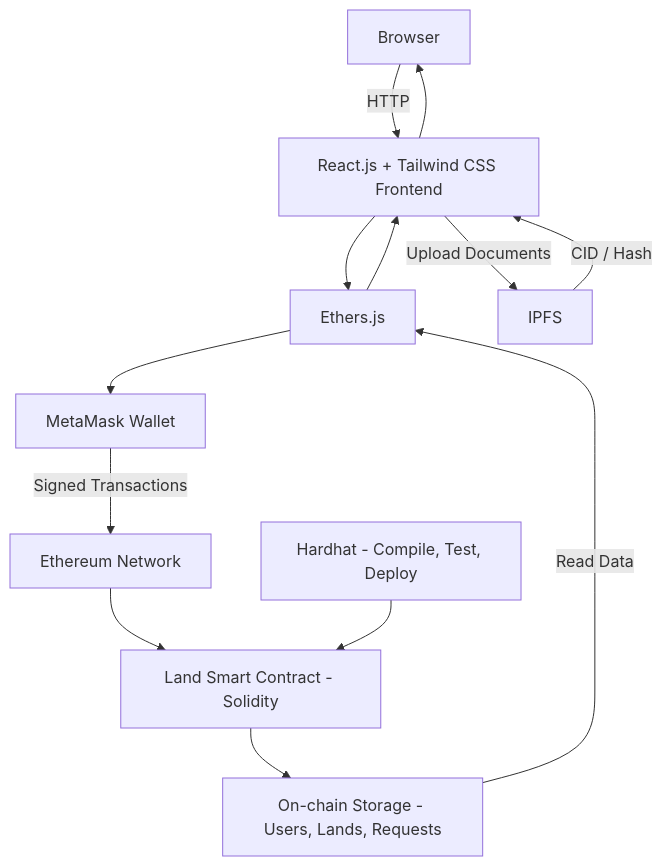
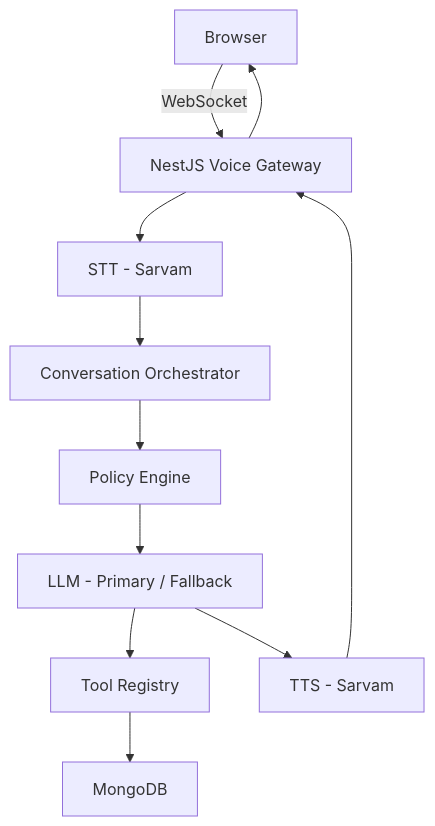
Before and after one commit to beingzuhairkhan/Ai-customer-support: the diagram in readme.md, drawn with Mermaid. The commit also changed other lines of this file, not shown here.

````diff
--- a/readme.md
+++ b/readme.md
@@ -58,15 +37,13 @@
 ```mermaid
 graph TD
-    A[Browser] -->|HTTP| B[React.js + Tailwind CSS Frontend]
-    B --> C[Ethers.js]
-    C --> D[MetaMask Wallet]
-    D -->|Signed Transactions| E[Ethereum Network]
-    E --> F[Land Smart Contract - Solidity]
-    F --> G[On-chain Storage - Users, Lands, Requests]
-    G -->|Read Data| C
-    B -->|Upload Documents| H[IPFS]
-    H -->|CID / Hash| B
-    I[Hardhat - Compile, Test, Deploy] --> F
-    C --> B
+    A[Browser] -->|WebSocket| B[NestJS Voice Gateway]
+    B --> C[STT - Sarvam]
+    C --> D[Conversation Orchestrator]
+    D --> E[Policy Engine]
+    E --> F[LLM - Primary / Fallback]
+    F --> G[Tool Registry]
+    G --> H[MongoDB]
+    F --> I[TTS - Sarvam]
+    I --> B
     B --> A
 ```
````
